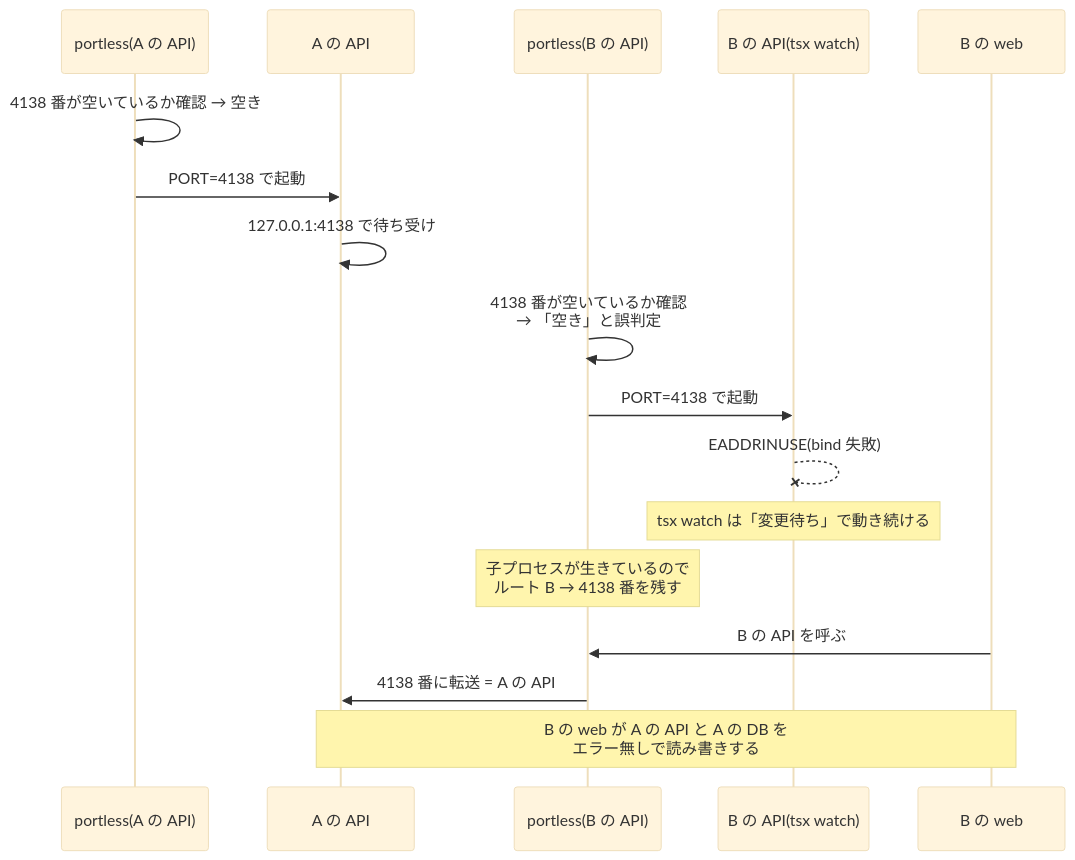
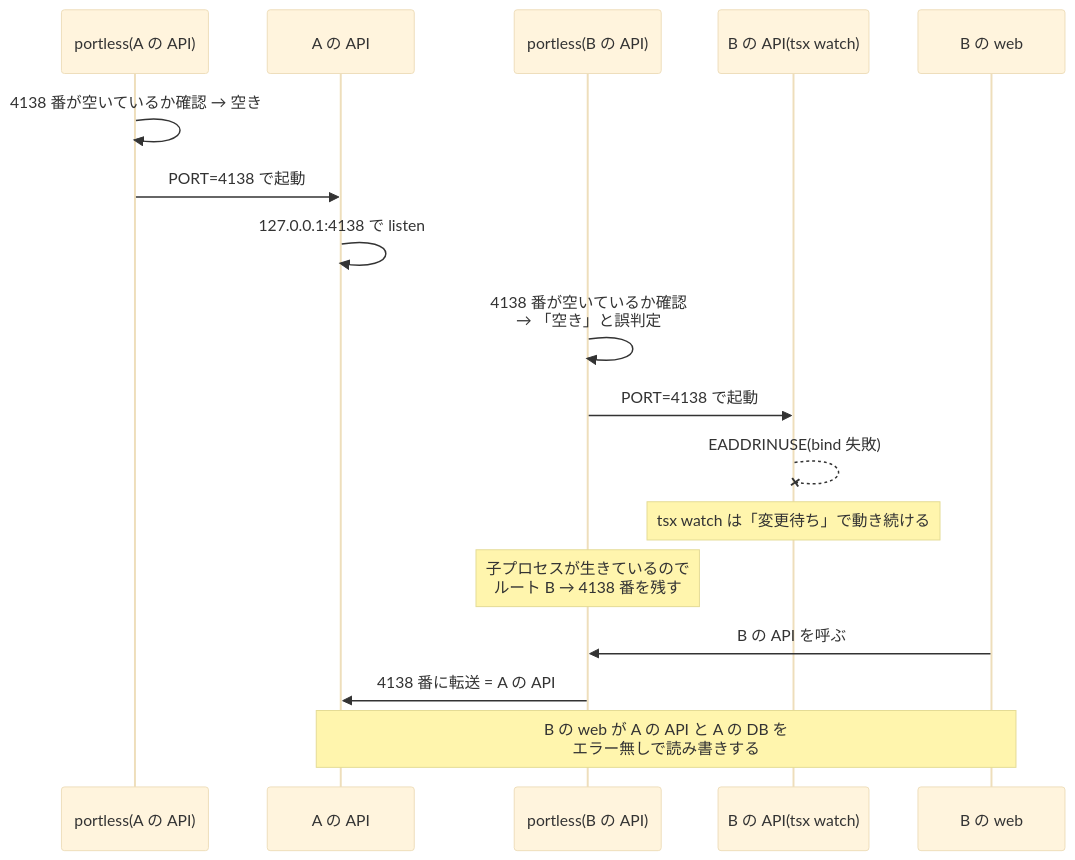
Before and after one commit to rikukaInoue/rikukadev: diagram 17 of 22 in src/content/blog/worktree-isolation-clonefile-portless.mdx, drawn with Mermaid (base theme). The commit also changed other lines of this file, not shown here.

````diff
--- a/src/content/blog/worktree-isolation-clonefile-portless.mdx
+++ b/src/content/blog/worktree-isolation-clonefile-portless.mdx
@@ -716,20 +716,20 @@
 ```mermaid
 sequenceDiagram
     participant PA as portless(A の API)
     participant AA as A の API
     participant PB as portless(B の API)
     participant AB as B の API(tsx watch)
     participant WB as B の web
 
     PA->>PA: 4138 番が空いているか確認 → 空き
     PA->>AA: PORT=4138 で起動
-    AA->>AA: 127.0.0.1:4138 で待ち受け
+    AA->>AA: 127.0.0.1:4138 で listen
     PB->>PB: 4138 番が空いているか確認<br/>→ 「空き」と誤判定
     PB->>AB: PORT=4138 で起動
     AB--xAB: EADDRINUSE(bind 失敗)
     Note over AB: tsx watch は「変更待ち」で動き続ける
     Note over PB: 子プロセスが生きているので<br/>ルート B → 4138 番を残す
     WB->>PB: B の API を呼ぶ
     PB->>AA: 4138 番に転送 = A の API
     Note over WB,AA: B の web が A の API と A の DB を<br/>エラー無しで読み書きする
 ```
````
